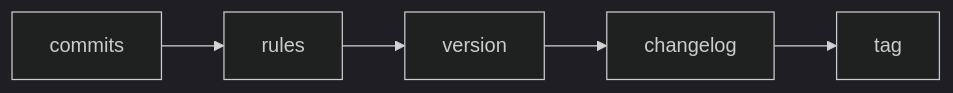
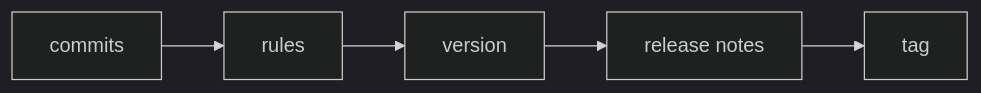
One commit to zeinhaidara/07-semver-tag-action changed the diagram in README.md. Above: the diagram before and after it, drawn with Mermaid (dark theme). The commit also changed other lines of this file and 1 other file, not shown here.

Commit message:
Move changelog into release notes

````diff
--- a/README.md
+++ b/README.md
@@ -7,4 +7,4 @@
 ```mermaid
 flowchart LR
-  A[commits] --> B[rules] --> C[version] --> D[changelog] --> E[tag]
+  A[commits] --> B[rules] --> C[version] --> D[release notes] --> E[tag]
 ```
````
